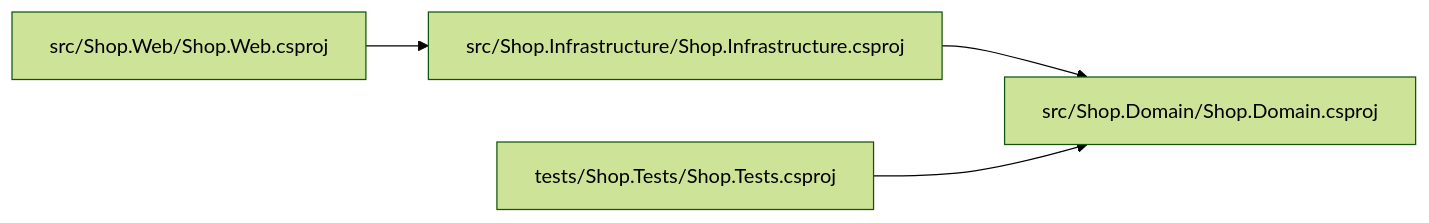
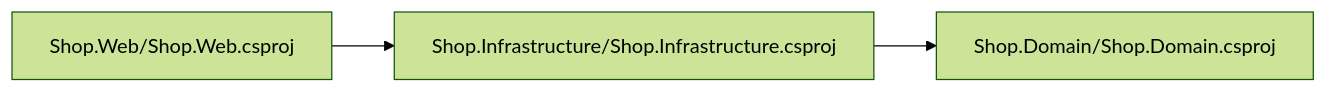
Before and after one commit to cernly/cernly: the third of 3 diagrams in cli/testdata/fixture-dotnet.docs.golden.md, drawn with Mermaid (forest theme). The commit also changed other lines of this file and 148 other files, not shown here.

````diff
--- a/cli/testdata/fixture-dotnet.docs.golden.md
+++ b/cli/testdata/fixture-dotnet.docs.golden.md
@@ -64,10 +87,8 @@
 ```mermaid
 flowchart LR
-  m_src_Shop_Domain_Shop_Domain_csproj["src/Shop.Domain/Shop.Domain.csproj"]
-  m_src_Shop_Infrastructure_Shop_Infrastructure_csproj["src/Shop.Infrastructure/Shop.Infrastructure.csproj"]
-  m_src_Shop_Web_Shop_Web_csproj["src/Shop.Web/Shop.Web.csproj"]
-  m_tests_Shop_Tests_Shop_Tests_csproj["tests/Shop.Tests/Shop.Tests.csproj"]
+  m_src_Shop_Domain_Shop_Domain_csproj["Shop.Domain/Shop.Domain.csproj"]
+  m_src_Shop_Infrastructure_Shop_Infrastructure_csproj["Shop.Infrastructure/Shop.Infrastructure.csproj"]
+  m_src_Shop_Web_Shop_Web_csproj["Shop.Web/Shop.Web.csproj"]
   m_src_Shop_Infrastructure_Shop_Infrastructure_csproj --> m_src_Shop_Domain_Shop_Domain_csproj
   m_src_Shop_Web_Shop_Web_csproj --> m_src_Shop_Infrastructure_Shop_Infrastructure_csproj
-  m_tests_Shop_Tests_Shop_Tests_csproj --> m_src_Shop_Domain_Shop_Domain_csproj
 ```
````
